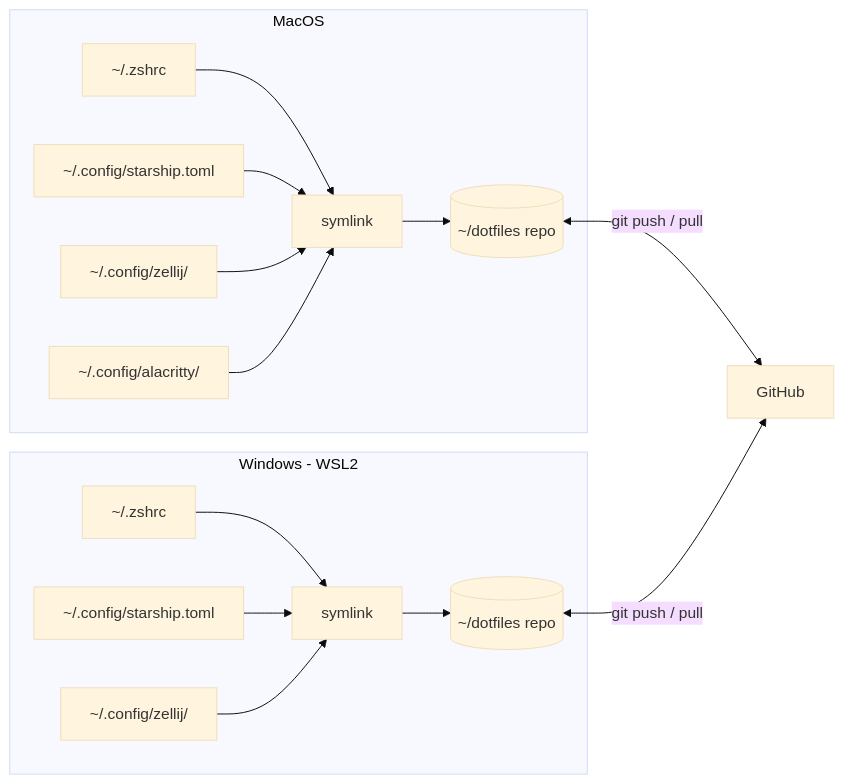
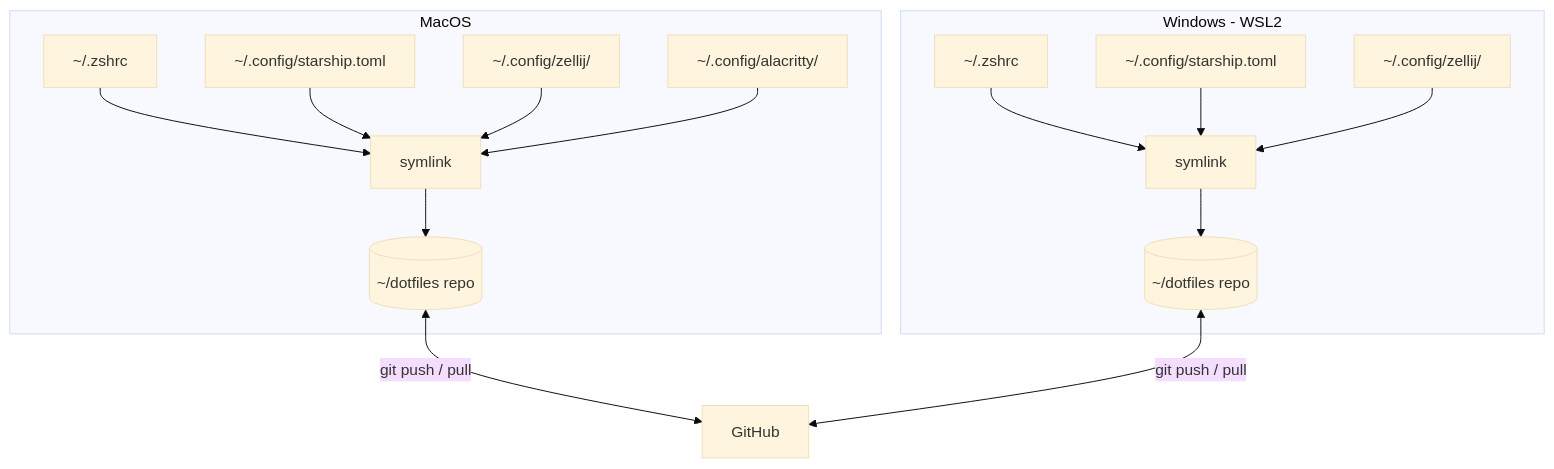
The second of 3 diagrams in README.md (deepusharma/dotfiles), drawn with Mermaid (base theme) before and after one commit. The commit also changed other lines of this file, not shown here.

Commit message:
docs: Refactor Mermaid diagrams to use top-down flow and explicit subgraph IDs for improved readability, and add minor formatting adjustments.

````diff
--- a/README.md
+++ b/README.md
@@ -60,20 +60,20 @@
 ```mermaid
-flowchart LR
+flowchart TD
     subgraph mac [MacOS]
         M1[~/.zshrc] --> ML[symlink]
         M2[~/.config/starship.toml] --> ML
         M3[~/.config/zellij/] --> ML
         M4[~/.config/alacritty/] --> ML
         ML --> MR[(~/dotfiles repo)]
     end
 
     subgraph win [Windows - WSL2]
         W1[~/.zshrc] --> WL[symlink]
         W2[~/.config/starship.toml] --> WL
         W3[~/.config/zellij/] --> WL
         WL --> WR[(~/dotfiles repo)]
     end
 
     MR <-->|git push / pull| GH[GitHub]
     WR <-->|git push / pull| GH
 ```
````
